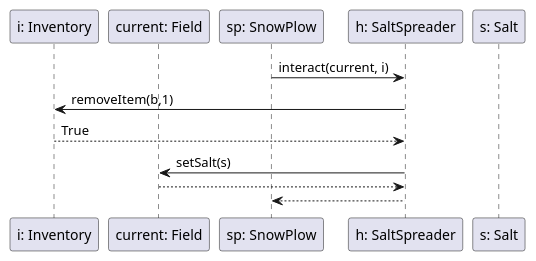
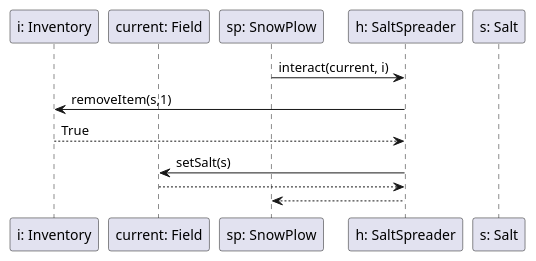
The diagram in docs/analizis1/sequence/soszoro_snow_interact.plantuml (uhrinandor/spring), drawn with PlantUML before and after one commit. The commit also changed 7 other files, not shown here.

```diff
--- a/docs/analizis1/sequence/soszoro_snow_interact.plantuml
+++ b/docs/analizis1/sequence/soszoro_snow_interact.plantuml
@@ -1,12 +1,12 @@
 participant "i: Inventory"
 participant "current: Field"
 participant "sp: SnowPlow"
 participant "h: SaltSpreader"
 participant "s: Salt"
 
 "sp: SnowPlow" -> "h: SaltSpreader" : interact(current, i)
-"h: SaltSpreader" -> "i: Inventory": removeItem(b,1)
+"h: SaltSpreader" -> "i: Inventory": removeItem(s,1)
 "i: Inventory" --> "h: SaltSpreader": True
 "h: SaltSpreader" -> "current: Field": setSalt(s)
 "current: Field" --> "h: SaltSpreader"
 "h: SaltSpreader" --> "sp: SnowPlow"
```
